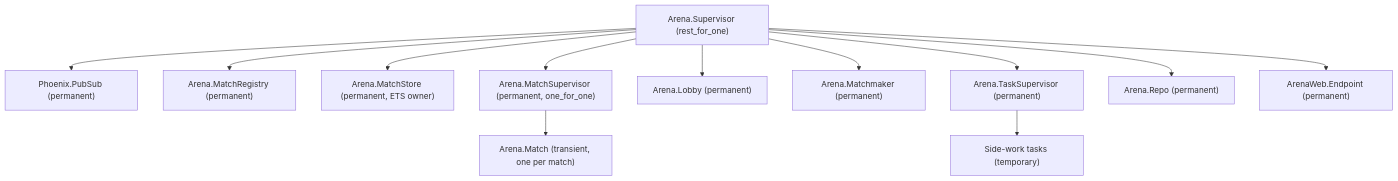
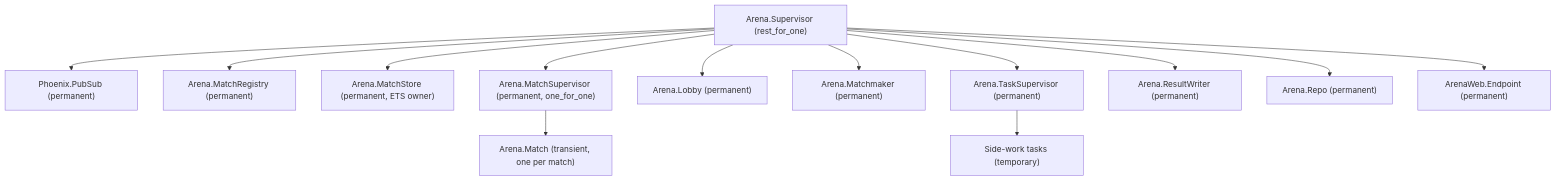
The diagram in DESIGN.md (mkizilov/arena), drawn with Mermaid before and after one commit. The commit also changed other lines of this file and 16 other files, not shown here.

````diff
--- a/DESIGN.md
+++ b/DESIGN.md
@@ -49,15 +49,16 @@
 ```mermaid
 graph TD
   App["Arena.Supervisor (rest_for_one)"]
   App --> PubSub["Phoenix.PubSub (permanent)"]
   App --> Registry["Arena.MatchRegistry (permanent)"]
   App --> Store["Arena.MatchStore (permanent, ETS owner)"]
   App --> Matches["Arena.MatchSupervisor (permanent, one_for_one)"]
   Matches --> Match["Arena.Match (transient, one per match)"]
   App --> Lobby["Arena.Lobby (permanent)"]
   App --> Matchmaker["Arena.Matchmaker (permanent)"]
   App --> Tasks["Arena.TaskSupervisor (permanent)"]
   Tasks --> Task["Side-work tasks (temporary)"]
+  App --> Writer["Arena.ResultWriter (permanent)"]
   App --> Repo["Arena.Repo (permanent)"]
   App --> Endpoint["ArenaWeb.Endpoint (permanent)"]
 ```
````
